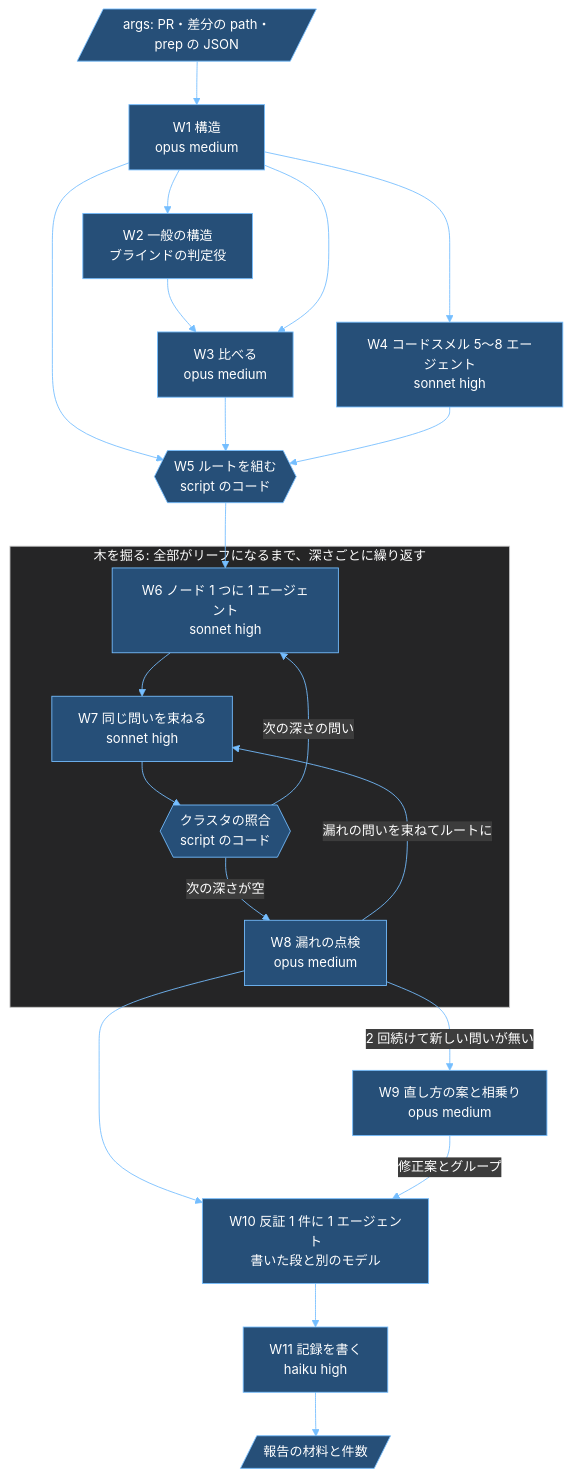
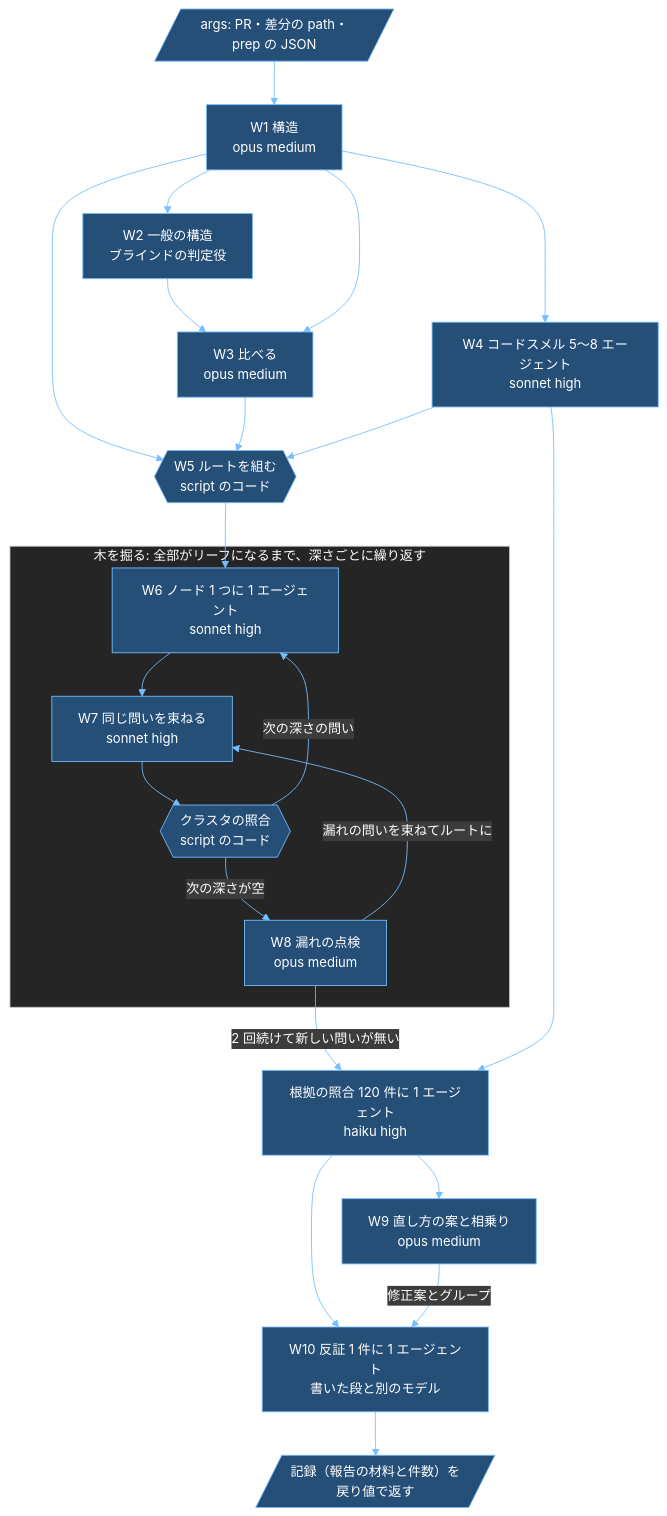
The second of 6 diagrams in attention/docs/my-turn-workflow-design.md (raiki61/claude-plugins), drawn with Mermaid before and after one commit. The commit also changed other lines of this file and 11 other files, not shown here.

````diff
--- a/attention/docs/my-turn-workflow-design.md
+++ b/attention/docs/my-turn-workflow-design.md
@@ -327,22 +329,24 @@
 ```mermaid
 %%{init: {"theme":"base","themeVariables":{"darkMode":true,"background":"#1e1e1e","fontSize":"15px","primaryColor":"#264f78","primaryTextColor":"#ffffff","primaryBorderColor":"#75beff","secondaryColor":"#3a3d41","tertiaryColor":"#2d2d30","lineColor":"#75beff","textColor":"#f0f0f0","titleColor":"#ffffff","clusterBkg":"#252526","clusterBorder":"#c8c8c8","edgeLabelBackground":"#3c3c3c","nodeTextColor":"#ffffff","actorBkg":"#264f78","actorBorder":"#75beff","actorTextColor":"#ffffff","actorLineColor":"#c8c8c8","signalColor":"#75beff","signalTextColor":"#f0f0f0","noteBkgColor":"#5c4b00","noteTextColor":"#ffffff","noteBorderColor":"#d7ba7d","labelBoxBkgColor":"#264f78","labelTextColor":"#ffffff","loopTextColor":"#f0f0f0","sequenceNumberColor":"#ffffff"}}}%%
 flowchart TB
   A[/"args: PR・差分の path・prep の JSON"/] --> W1["W1 構造<br/>opus medium"]
   W1 --> W2["W2 一般の構造<br/>ブラインドの判定役"] --> W3["W3 比べる<br/>opus medium"]
   W1 --> W3
   W1 --> W5
   W1 --> W4["W4 コードスメル 5〜8 エージェント<br/>sonnet high"]
   W3 --> W5{{"W5 ルートを組む<br/>script のコード"}}
   W4 --> W5
   W5 --> W6
   subgraph DIG["木を掘る: 全部がリーフになるまで、深さごとに繰り返す"]
     W6["W6 ノード 1 つに 1 エージェント<br/>sonnet high"] --> W7["W7 同じ問いを束ねる<br/>sonnet high"] --> CK{{"クラスタの照合<br/>script のコード"}}
     CK -->|次の深さの問い| W6
     CK -->|次の深さが空| W8["W8 漏れの点検<br/>opus medium"]
     W8 -->|漏れの問いを束ねてルートに| W7
   end
-  W8 -->|2 回続けて新しい問いが無い| W9["W9 直し方の案と相乗り<br/>opus medium"]
-  W8 --> W10["W10 反証 1 件に 1 エージェント<br/>書いた段と別のモデル"]
+  W8 -->|2 回続けて新しい問いが無い| Q["根拠の照合 120 件に 1 エージェント<br/>haiku high"]
+  W4 --> Q
+  Q --> W9["W9 直し方の案と相乗り<br/>opus medium"]
+  Q --> W10["W10 反証 1 件に 1 エージェント<br/>書いた段と別のモデル"]
   W9 -->|修正案とグループ| W10
-  W10 --> W11["W11 記録を書く<br/>haiku high"] --> OUT[/"報告の材料と件数"/]
+  W10 --> OUT[/"記録（報告の材料と件数）を戻り値で返す"/]
 ```
````
